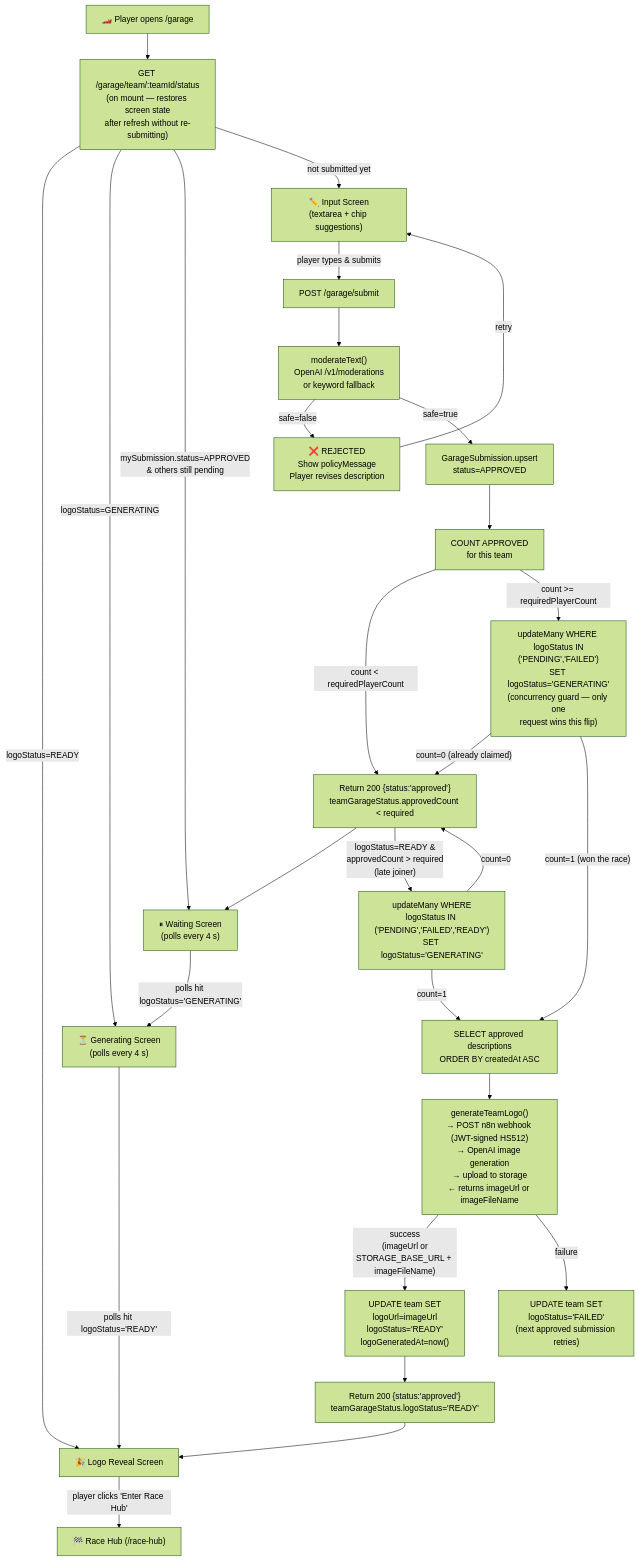
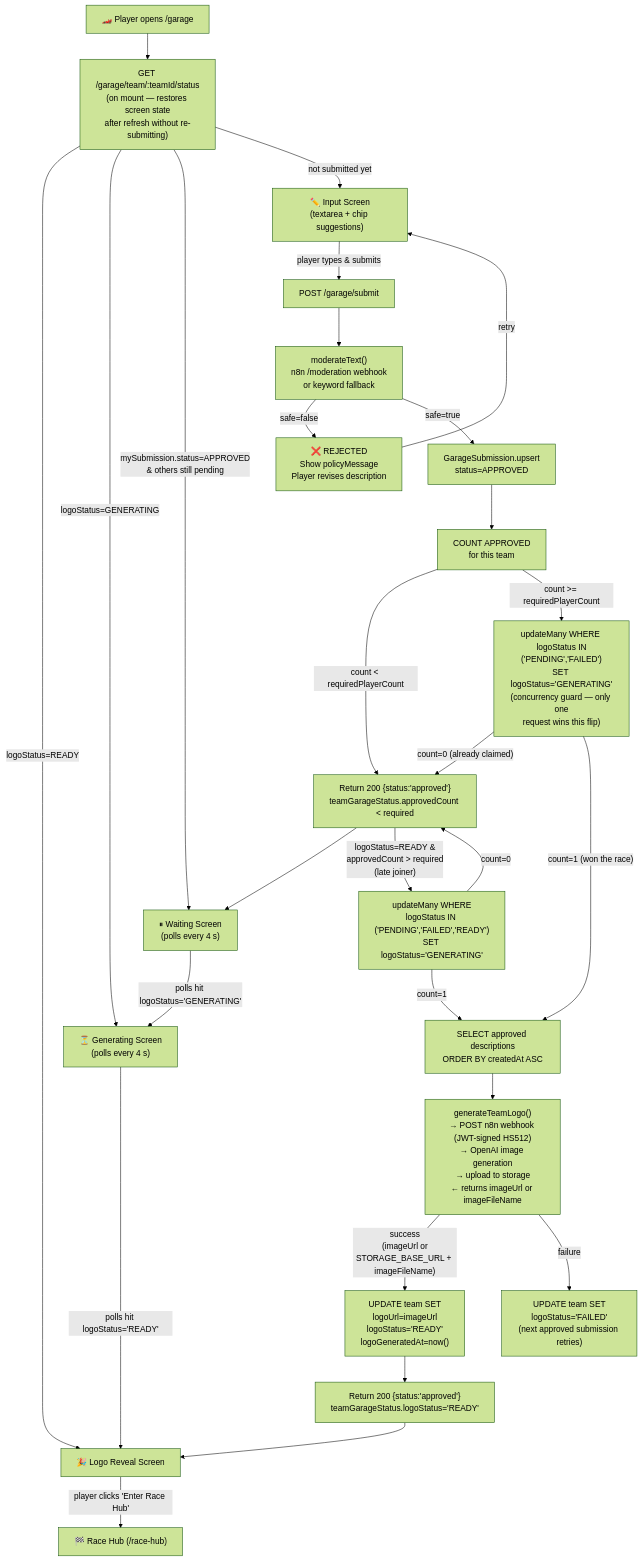
The first of 2 diagrams in docs/architecture/garage-workflow.md (Helios-NOT-DEP/velocity-gp), drawn with Mermaid (forest theme) before and after one commit. The commit also changed other lines of this file and 7 other files, not shown here.

````diff
--- a/docs/architecture/garage-workflow.md
+++ b/docs/architecture/garage-workflow.md
@@ -13,51 +13,51 @@
 ```mermaid
 flowchart TD
     Player["🏎️ Player opens /garage"]
 
     A["GET /garage/team/:teamId/status\n(on mount — restores screen state\nafter refresh without re-submitting)"]
     Player --> A
 
     A -- "logoStatus=READY" --> REVEAL["🎉 Logo Reveal Screen"]
     A -- "logoStatus=GENERATING" --> GENSCREEN["⏳ Generating Screen\n(polls every 4 s)"]
     A -- "mySubmission.status=APPROVED\n& others still pending" --> WAIT["⏸ Waiting Screen\n(polls every 4 s)"]
     A -- "not submitted yet" --> INPUT["✏️ Input Screen\n(textarea + chip suggestions)"]
 
     INPUT -- "player types & submits" --> SUBMIT["POST /garage/submit"]
 
-    SUBMIT --> MOD["moderateText()\nOpenAI /v1/moderations\nor keyword fallback"]
+    SUBMIT --> MOD["moderateText()\nn8n /moderation webhook\nor keyword fallback"]
 
     MOD -- "safe=false" --> REJECT["❌ REJECTED\nShow policyMessage\nPlayer revises description"]
     REJECT -- "retry" --> INPUT
 
     MOD -- "safe=true" --> UPSERT["GarageSubmission.upsert\nstatus=APPROVED"]
 
     UPSERT --> COUNT["COUNT APPROVED\nfor this team"]
 
     COUNT -- "count < requiredPlayerCount" --> RETURN_WAIT["Return 200 {status:'approved'}\nteamGarageStatus.approvedCount < required"]
     RETURN_WAIT --> WAIT
 
     COUNT -- "count >= requiredPlayerCount" --> ATOMICFLIP["updateMany WHERE logoStatus IN\n('PENDING','FAILED')\nSET logoStatus='GENERATING'\n(concurrency guard — only one\nrequest wins this flip)"]
 
     ATOMICFLIP -- "count=0 (already claimed)" --> RETURN_WAIT
 
     ATOMICFLIP -- "count=1 (won the race)" --> COLLECT["SELECT approved descriptions\nORDER BY createdAt ASC"]
 
     %% Late-joiner re-generation path
     RETURN_WAIT -- "logoStatus=READY &\napprovedCount > required\n(late joiner)" --> LATEFLIP["updateMany WHERE\nlogoStatus IN ('PENDING','FAILED','READY')\nSET logoStatus='GENERATING'"]
     LATEFLIP -- "count=1" --> COLLECT
     LATEFLIP -- "count=0" --> RETURN_WAIT
 
     COLLECT --> N8N["generateTeamLogo()\n→ POST n8n webhook (JWT-signed HS512)\n→ OpenAI image generation\n→ upload to storage\n← returns imageUrl or imageFileName"]
 
     N8N -- "success\n(imageUrl or\nSTORAGE_BASE_URL + imageFileName)" --> PERSIST["UPDATE team SET\nlogoUrl=imageUrl\nlogoStatus='READY'\nlogoGeneratedAt=now()"]
 
     N8N -- "failure" --> FAILED["UPDATE team SET\nlogoStatus='FAILED'\n(next approved submission retries)"]
 
     PERSIST --> RETURN_GEN["Return 200 {status:'approved'}\nteamGarageStatus.logoStatus='READY'"]
     RETURN_GEN --> REVEAL
 
     WAIT -- "polls hit logoStatus='GENERATING'" --> GENSCREEN
     GENSCREEN -- "polls hit logoStatus='READY'" --> REVEAL
 
     REVEAL -- "player clicks 'Enter Race Hub'" --> RACEHUB["🏁 Race Hub (/race-hub)"]
 ```
````
